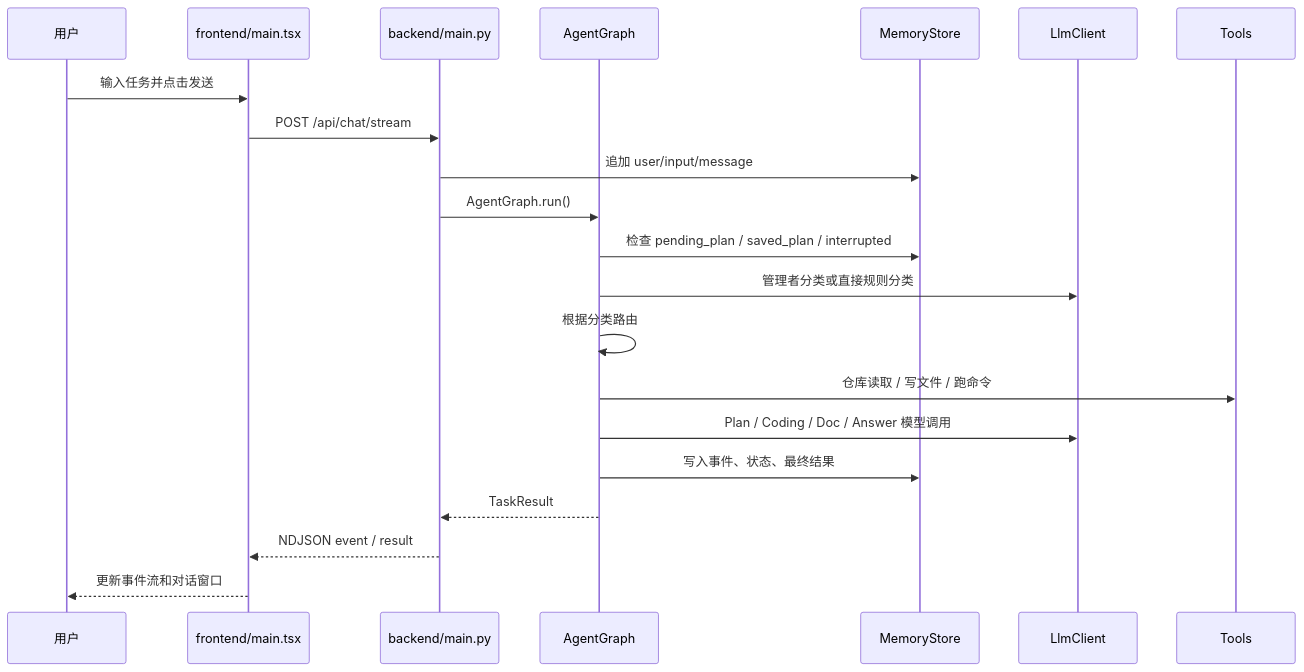
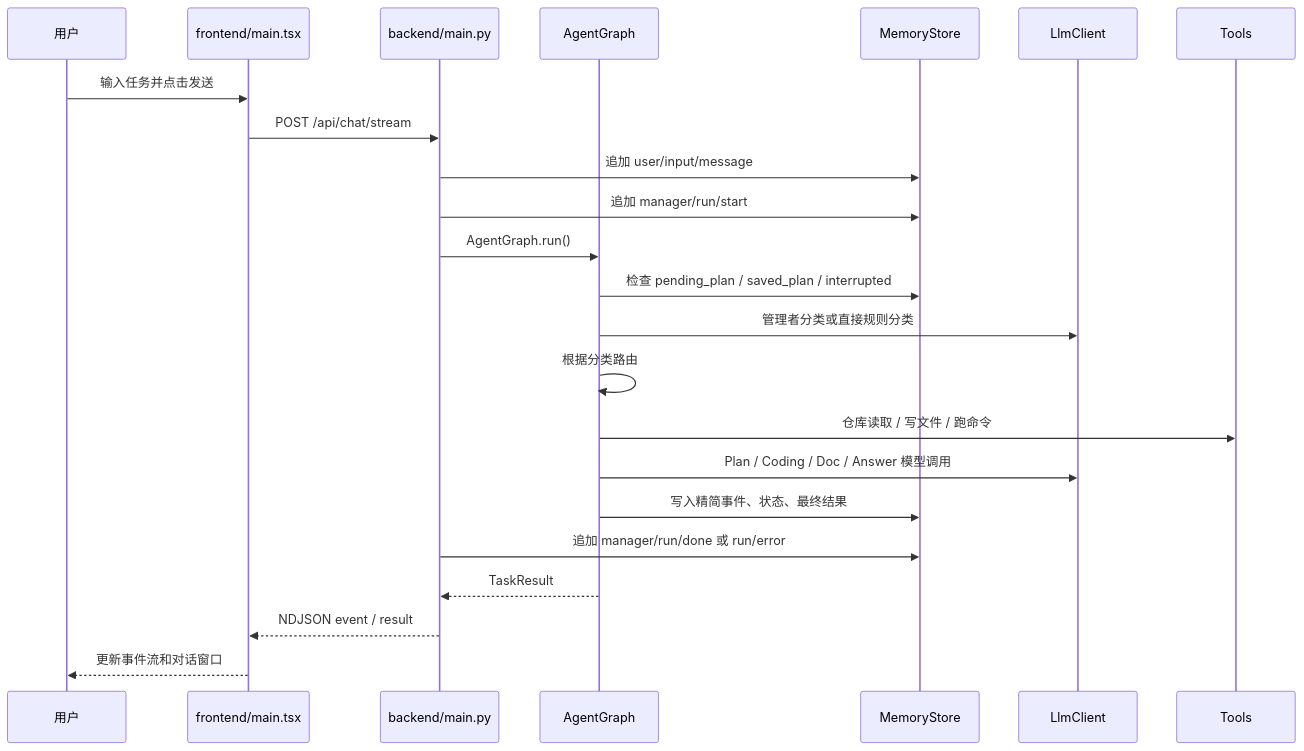
The second of 4 diagrams in docs/guide.md (24kzhang/coding_agent), drawn with Mermaid before and after one commit. The commit also changed other lines of this file and 36 other files, not shown here.

````diff
--- a/docs/guide.md
+++ b/docs/guide.md
@@ -88,24 +90,26 @@
 ```mermaid
 sequenceDiagram
     participant U as 用户
     participant F as frontend/main.tsx
     participant B as backend/main.py
     participant G as AgentGraph
     participant M as MemoryStore
     participant L as LlmClient
     participant T as Tools
 
     U->>F: 输入任务并点击发送
     F->>B: POST /api/chat/stream
     B->>M: 追加 user/input/message
+    B->>M: 追加 manager/run/start
     B->>G: AgentGraph.run()
     G->>M: 检查 pending_plan / saved_plan / interrupted
     G->>L: 管理者分类或直接规则分类
     G->>G: 根据分类路由
     G->>T: 仓库读取 / 写文件 / 跑命令
     G->>L: Plan / Coding / Doc / Answer 模型调用
-    G->>M: 写入事件、状态、最终结果
+    G->>M: 写入精简事件、状态、最终结果
+    B->>M: 追加 manager/run/done 或 run/error
     G-->>B: TaskResult
     B-->>F: NDJSON event / result
     F-->>U: 更新事件流和对话窗口
 ```
````
